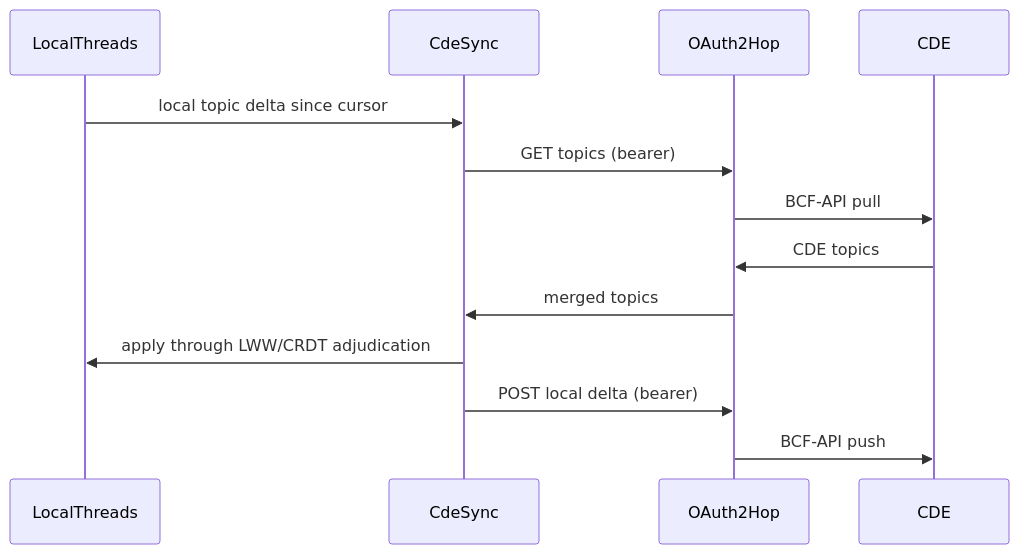
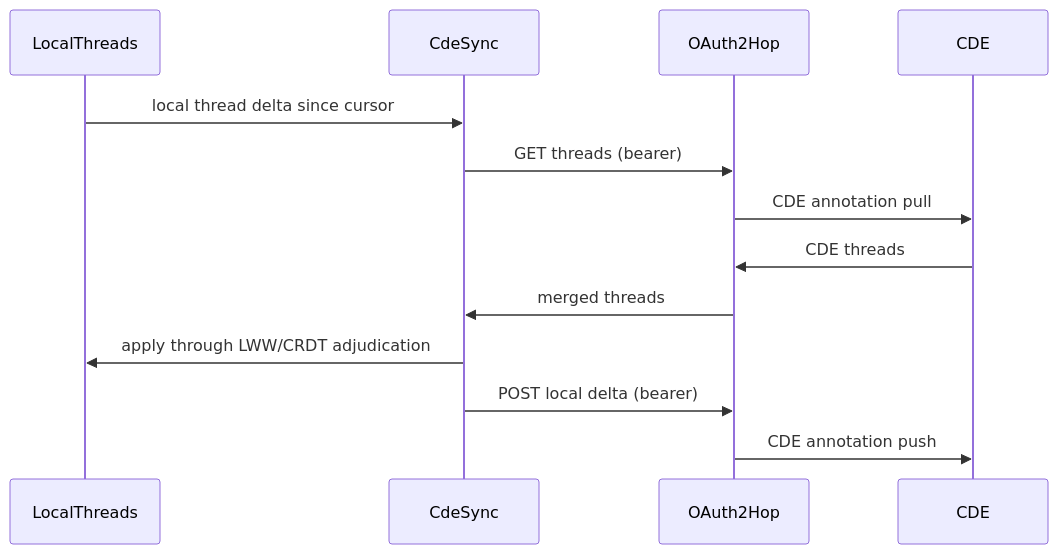
The diagram in libs/csharp/Rasm.Persistence/.planning/Sync/annotation.md (bsamiee/Rasm), drawn with Mermaid before and after one commit. The commit also changed other lines of this file and 127 other files, not shown here.

````diff
--- a/libs/csharp/Rasm.Persistence/.planning/Sync/annotation.md
+++ b/libs/csharp/Rasm.Persistence/.planning/Sync/annotation.md
@@ -219,15 +141,15 @@
 ```mermaid
 sequenceDiagram
     participant L as LocalThreads
     participant S as CdeSync
     participant H as OAuth2Hop
     participant C as CDE
-    L->>S: local topic delta since cursor
-    S->>H: GET topics (bearer)
-    H->>C: BCF-API pull
-    C->>H: CDE topics
-    H->>S: merged topics
+    L->>S: local thread delta since cursor
+    S->>H: GET threads (bearer)
+    H->>C: CDE annotation pull
+    C->>H: CDE threads
+    H->>S: merged threads
     S->>L: apply through LWW/CRDT adjudication
     S->>H: POST local delta (bearer)
-    H->>C: BCF-API push
+    H->>C: CDE annotation push
 ```
````
